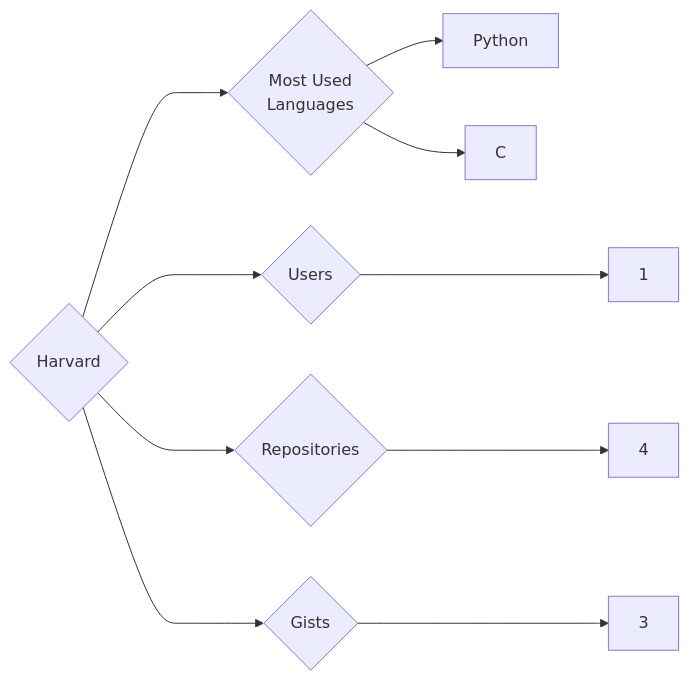
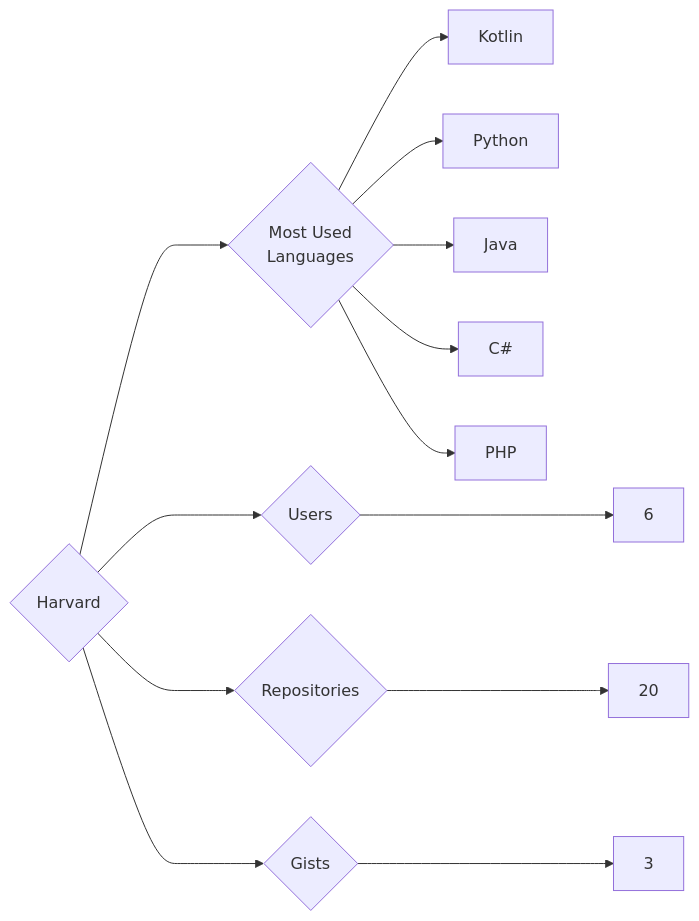
Before and after one commit to trickest/insiders: the diagram in targets/Harvard/README.md, drawn with Mermaid. The commit also changed 1084 other files, not shown here.

````diff
--- a/targets/Harvard/README.md
+++ b/targets/Harvard/README.md
@@ -3,10 +3,13 @@
 ```mermaid
 graph LR
 COMPANY_NAME{Harvard}
-COMPANY_NAME ---> U{Users} ---> UN[1]
-COMPANY_NAME ---> R{Repositories} ---> RN[4]
+COMPANY_NAME ---> U{Users} ---> UN[6]
+COMPANY_NAME ---> R{Repositories} ---> RN[20]
 COMPANY_NAME ---> G{Gists} ---> GN[3]
 COMPANY_NAME ---> ML{Most Used<br>Languages}
+ML --> Kotlin[Kotlin]
 ML --> Python[Python]
-ML --> C[C]
+ML --> Java[Java]
+ML --> C#[C#]
+ML --> PHP[PHP]
 ```
````
